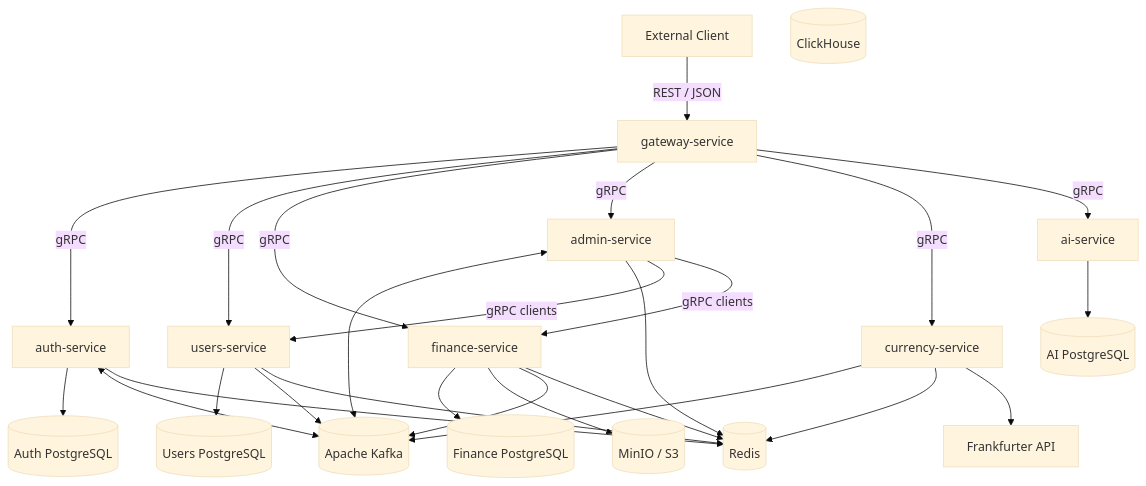
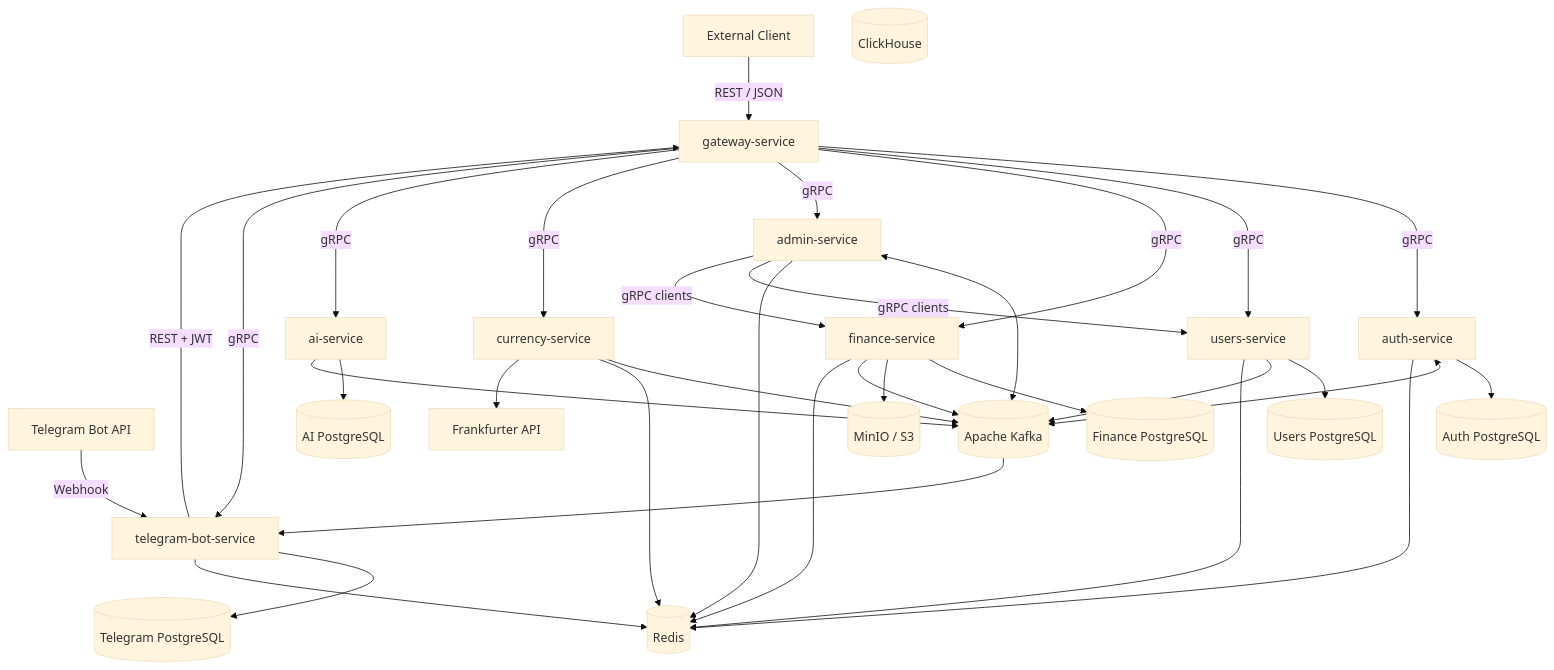
Before and after one commit to daniiiiiiiiiiil/finance-microservices: the diagram in README.md, drawn with Mermaid (base theme). The commit also changed other lines of this file and 154 other files, not shown here.

Commit message:
Сделал новый сервис,создал телеграмм бота, подключил к telegram бэкенд, все функции которые есть на сайте, есть и в телеграмм боте @finance_microservices_bot

````diff
--- a/README.md
+++ b/README.md
@@ -83,52 +85,62 @@
 ```mermaid
 flowchart TB
     Client[External Client]
     Gateway[gateway-service]
 
     Auth[auth-service]
     Users[users-service]
     Finance[finance-service]
     Admin[admin-service]
     Currency[currency-service]
     AI[ai-service]
+    TelegramBot[telegram-bot-service]
+    TelegramAPI[Telegram Bot API]
 
     Kafka[(Apache Kafka)]
     Redis[(Redis)]
     AuthDB[(Auth PostgreSQL)]
     UsersDB[(Users PostgreSQL)]
     FinanceDB[(Finance PostgreSQL)]
     AIDB[(AI PostgreSQL)]
+    TelegramDB[(Telegram PostgreSQL)]
     ClickHouse[(ClickHouse)]
     MinIO[(MinIO / S3)]
     Frankfurter[Frankfurter API]
 
     Client -->|REST / JSON| Gateway
+    TelegramAPI -->|Webhook| TelegramBot
+    TelegramBot -->|REST + JWT| Gateway
     Gateway -->|gRPC| Auth
     Gateway -->|gRPC| Users
     Gateway -->|gRPC| Finance
     Gateway -->|gRPC| Admin
     Gateway -->|gRPC| Currency
     Gateway -->|gRPC| AI
+    Gateway -->|gRPC| TelegramBot
 
     Auth --> AuthDB
     Users --> UsersDB
     Finance --> FinanceDB
     AI --> AIDB
+    TelegramBot --> TelegramDB
     Finance --> MinIO
 
     Auth <--> Kafka
     Users --> Kafka
     Finance --> Kafka
     Admin <--> Kafka
     Currency --> Kafka
+    AI --> Kafka
+    Kafka --> TelegramBot
 
     Auth --> Redis
     Users --> Redis
     Finance --> Redis
     Admin --> Redis
     Currency --> Redis
+    TelegramBot --> Redis
 
     Currency --> Frankfurter
     Admin -->|gRPC clients| Users
     Admin -->|gRPC clients| Finance
 ```
````
